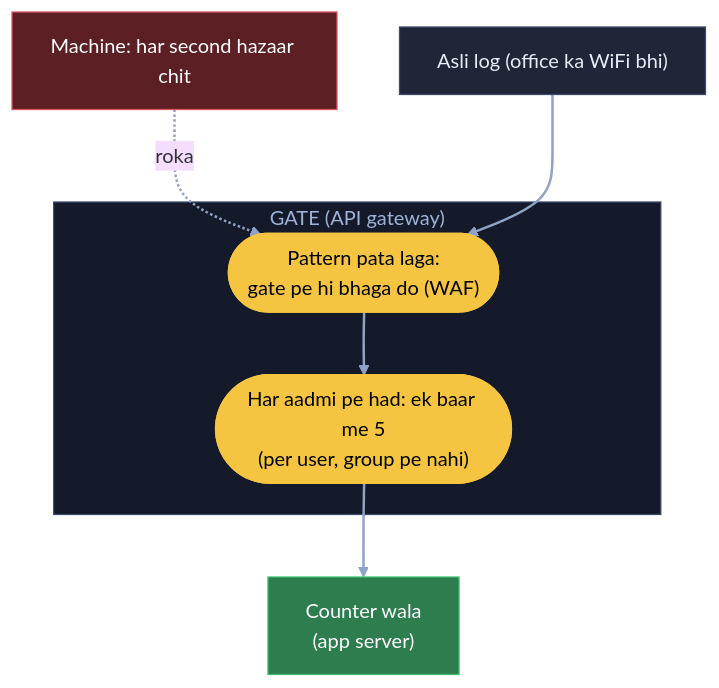
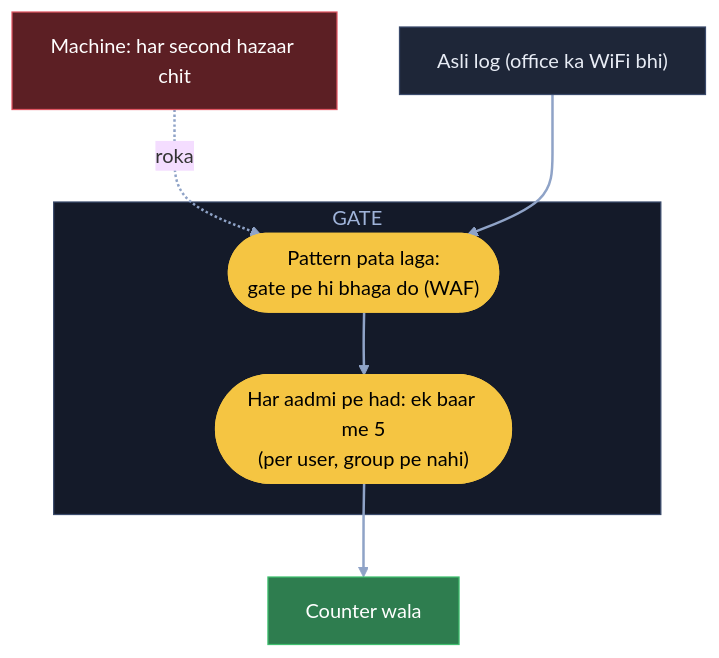
One commit to ArpanMaheshwari144/Prep changed diagram 13 of 14 in 04_HLD/SYSTEM_DESIGNS/01_url_shortener/01_url_shortener.md. Above: the diagram before and after it, drawn with Mermaid (base theme). The commit also changed other lines of this file and 21 other files, not shown here.

Commit message:
Diagram: saare label purani halat me (bracket wala kaam dobara, sirf kahani ke dohraaye shabd)

````diff
--- a/04_HLD/SYSTEM_DESIGNS/01_url_shortener/01_url_shortener.md
+++ b/04_HLD/SYSTEM_DESIGNS/01_url_shortener/01_url_shortener.md
@@ -520,20 +520,20 @@
 ```mermaid
 flowchart TB
     S["Machine: har second hazaar chit"]:::bad
     L["Asli log (office ka WiFi bhi)"]:::card
-    subgraph GT["GATE (API gateway)"]
+    subgraph GT["GATE"]
         W(["Pattern pata laga:<br/>gate pe hi bhaga do (WAF)"]):::pill
         H(["Har aadmi pe had: ek baar me 5<br/>(per user, group pe nahi)"]):::pill
     end
-    C["Counter wala<br/>(app server)"]:::good
+    C["Counter wala"]:::good
     S -. "roka" .-> W
     L --> W
     W --> H
     H --> C
     linkStyle default stroke:#8fa3c7,stroke-width:2px
     classDef card fill:#1e2638,stroke:#3a4a6b,color:#e8ecf5
     classDef pill fill:#f5c542,stroke:#f5c542,color:#000
     classDef good fill:#2e7d4f,stroke:#3fbf6f,color:#fff
     classDef bad fill:#5c1f24,stroke:#e05561,color:#fff
     style GT fill:#141a29,stroke:#3a4a6b,color:#9fb3d9
 ```
````
